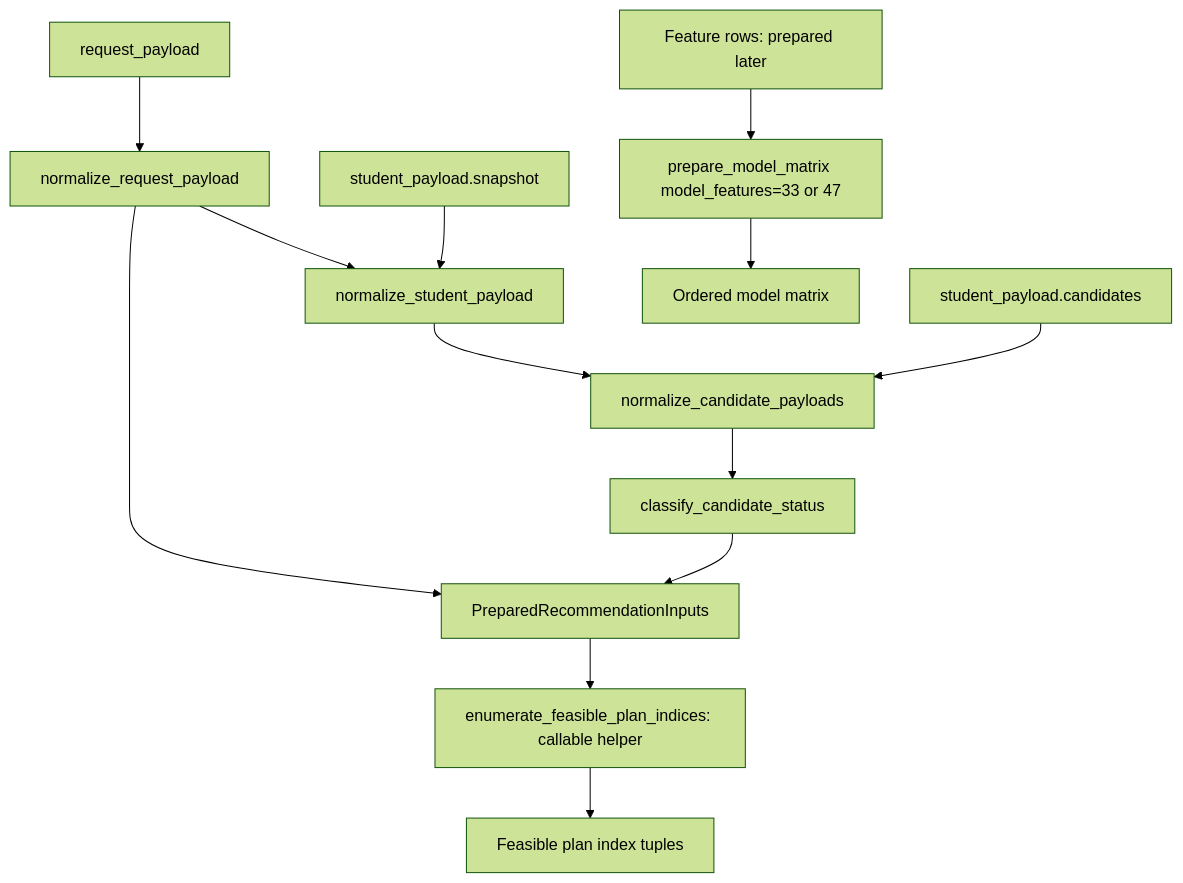
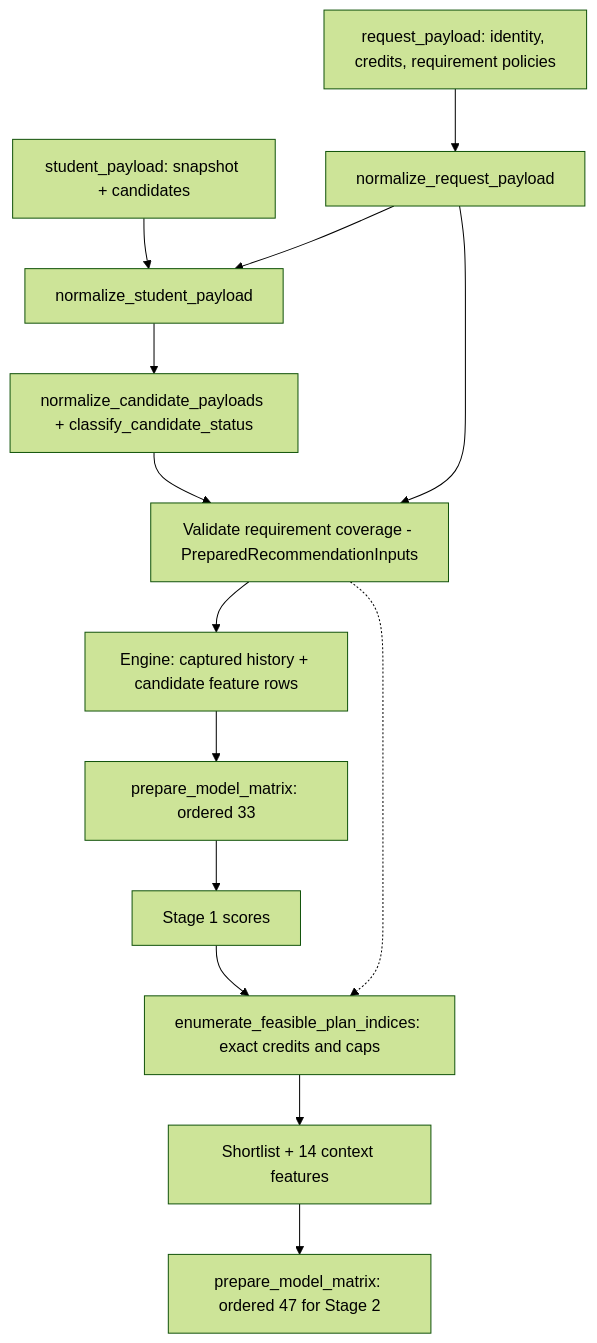
Before and after one commit to ShrkoXIII/Academic_Advisor_Simple: the diagram in plan_explanation/PHASE_02_PAYLOAD_ADAPTERS_MATRIX_CLASSIFICATION_CONSTRAINTS.md, drawn with Mermaid (forest theme). The commit also changed other lines of this file and 137 other files, not shown here.

````diff
--- a/plan_explanation/PHASE_02_PAYLOAD_ADAPTERS_MATRIX_CLASSIFICATION_CONSTRAINTS.md
+++ b/plan_explanation/PHASE_02_PAYLOAD_ADAPTERS_MATRIX_CLASSIFICATION_CONSTRAINTS.md
@@ -184,15 +192,15 @@
 ```mermaid
 flowchart TD
-    R["request_payload"] --> NR["normalize_request_payload"]
-    S["student_payload.snapshot"] --> NS["normalize_student_payload"]
-    NR --> NS
-    C["student_payload.candidates"] --> NC["normalize_candidate_payloads"]
-    NS --> NC
-    NC --> CS["classify_candidate_status"]
-    CS --> P["PreparedRecommendationInputs"]
+    R["request_payload: identity, credits, requirement policies"] --> NR["normalize_request_payload"]
+    S["student_payload: snapshot + candidates"] --> NS["normalize_student_payload"]
+    NR --> NS --> NC["normalize_candidate_payloads + classify_candidate_status"]
+    NC --> P["Validate requirement coverage - PreparedRecommendationInputs"]
     NR --> P
-    P --> E["enumerate_feasible_plan_indices: callable helper"]
-    E --> F["Feasible plan index tuples"]
-    X["Feature rows: prepared later"] --> M["prepare_model_matrix model_features=33 or 47"]
-    M --> Y["Ordered model matrix"]
+    P --> E["Engine: captured history + candidate feature rows"]
+    E --> M["prepare_model_matrix: ordered 33"]
+    M --> S1["Stage 1 scores"]
+    S1 --> F["enumerate_feasible_plan_indices: exact credits and caps"]
+    P -.-> F
+    F --> X["Shortlist + 14 context features"]
+    X --> M2["prepare_model_matrix: ordered 47 for Stage 2"]
 ```
````
